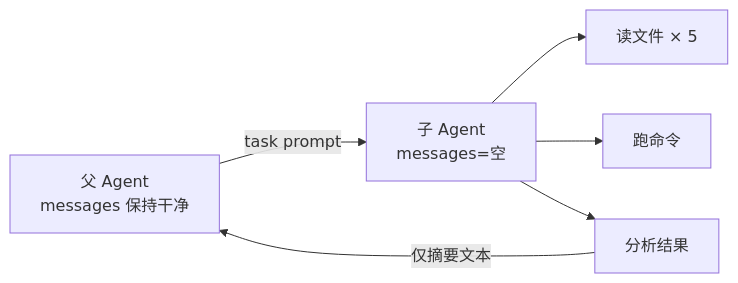
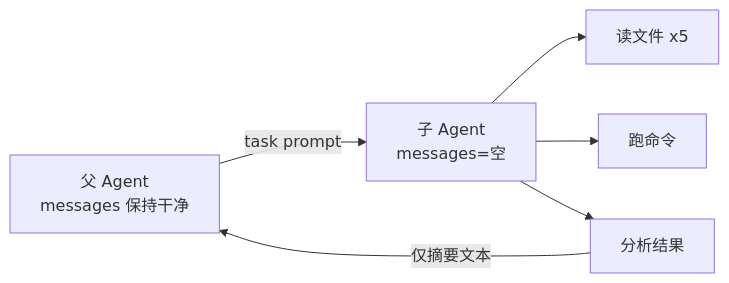
One commit to ranxi2001/zero2Agent changed the diagram in learn-claude-code/04-subagent/index.md. Above: the diagram before and after it, drawn with Mermaid. The commit also changed 1 other file, not shown here.

Commit message:
fix: mermaid 9.4.3 不支持 × (U+00D7) 字符——替换为 ASCII x
× 字符在 mermaid 9.4.3 解析器中触发 syntax error，
通过本地 HTML 测试确认隔离了该字符为唯一原因。

````diff
--- a/learn-claude-code/04-subagent/index.md
+++ b/learn-claude-code/04-subagent/index.md
@@ -28,8 +28,8 @@
 ```mermaid
 flowchart LR
     A[父 Agent<br>messages 保持干净] -->|task prompt| B[子 Agent<br>messages=空]
-    B --> C[读文件 × 5]
+    B --> C[读文件 x5]
     B --> D[跑命令]
     B --> E[分析结果]
     E -->|仅摘要文本| A
 ```
````
